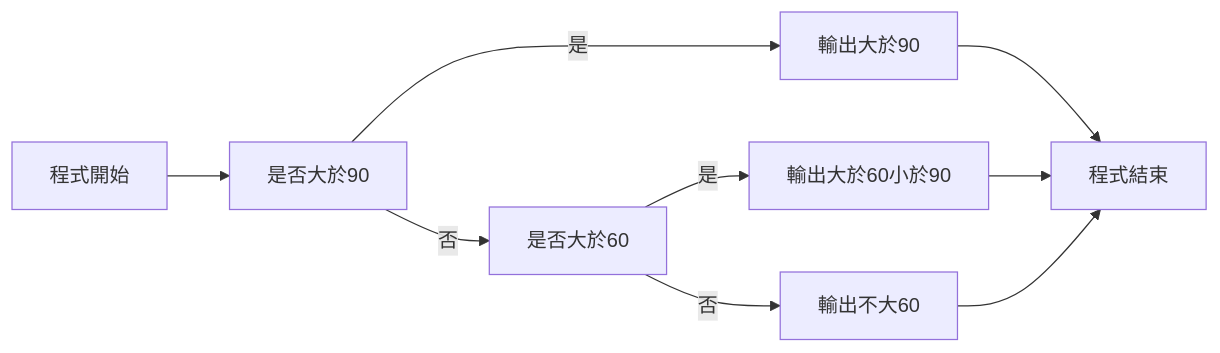
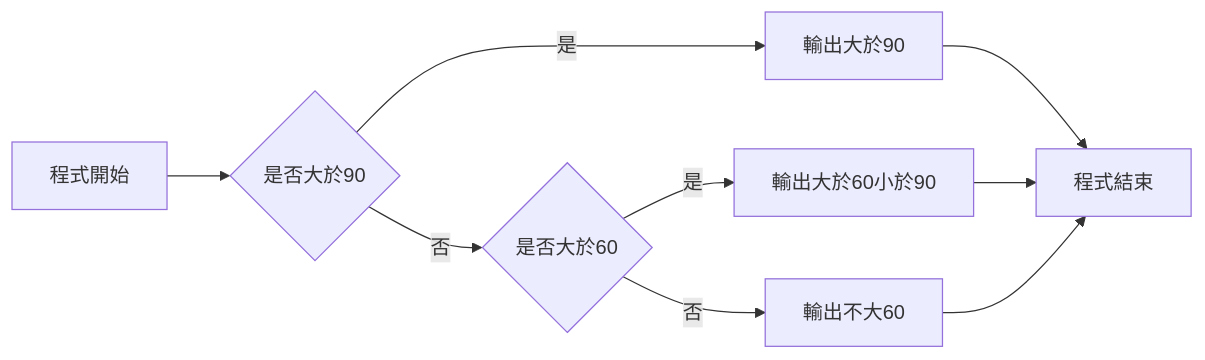
One commit to Vincenttainan/CppTeachingNote changed the fifth of 5 diagrams in 06_condition.md. Above: the diagram before and after it, drawn with Mermaid. The commit also changed other lines of this file, not shown here.

````diff
--- a/06_condition.md
+++ b/06_condition.md
@@ -161,11 +158,11 @@
 ```mermaid
 flowchart LR
-程式開始 --> 是否大於90
-是否大於90 --> |是|輸出大於90
-是否大於90 --> |否|是否大於60
-是否大於60 --> |是|輸出大於60小於90
-是否大於60 --> |否|輸出不大60
+程式開始 --> a{是否大於90}
+a --> |是|輸出大於90
+a --> |否|b{是否大於60}
+b --> |是|輸出大於60小於90
+b --> |否|輸出不大60
 輸出大於90 --> 程式結束
 輸出大於60小於90 --> 程式結束
 輸出不大60 --> 程式結束
 ```
````
